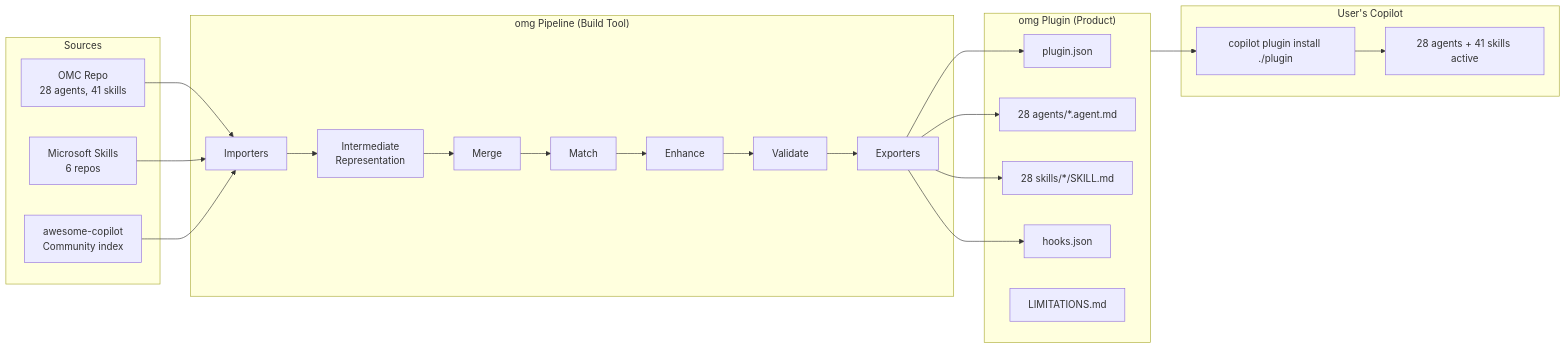
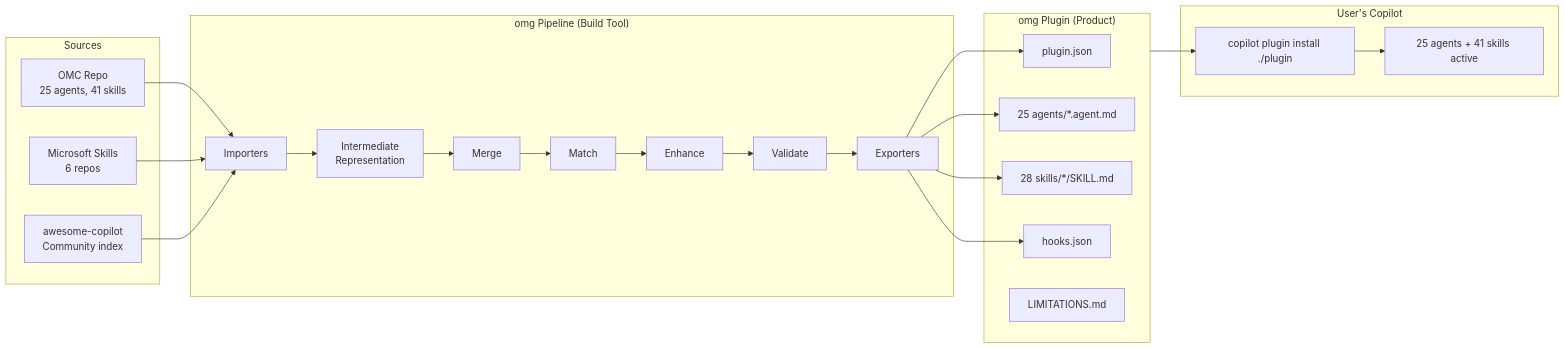
Before and after one commit to TheTrustedAdvisor/omg: the first of 12 diagrams in ARCHITECTURE.md, drawn with Mermaid. The commit also changed other lines of this file and 3 other files, not shown here.

````diff
--- a/ARCHITECTURE.md
+++ b/ARCHITECTURE.md
@@ -14,40 +14,40 @@
 ```mermaid
 graph LR
     subgraph Sources
-        OMC[OMC Repo<br/>28 agents, 41 skills]
+        OMC[OMC Repo<br/>25 agents, 41 skills]
         MS[Microsoft Skills<br/>6 repos]
         AC[awesome-copilot<br/>Community index]
     end
 
     subgraph Pipeline["omg Pipeline (Build Tool)"]
         IMP[Importers] --> IR[Intermediate<br/>Representation]
         IR --> MER[Merge]
         MER --> MAT[Match]
         MAT --> ENH[Enhance]
         ENH --> VAL[Validate]
         VAL --> EXP[Exporters]
     end
 
     subgraph Output["omg Plugin (Product)"]
         PJ[plugin.json]
-        AG[28 agents/*.agent.md]
+        AG[25 agents/*.agent.md]
         SK[28 skills/*/SKILL.md]
         HK[hooks.json]
         LM[LIMITATIONS.md]
     end
 
     OMC --> IMP
     MS --> IMP
     AC --> IMP
     EXP --> PJ
     EXP --> AG
     EXP --> SK
     EXP --> HK
 
     subgraph User["User's Copilot"]
         INST[copilot plugin install ./plugin]
-        INST --> USE[28 agents + 41 skills active]
+        INST --> USE[25 agents + 41 skills active]
     end
 
     Output --> INST
 ```
````
